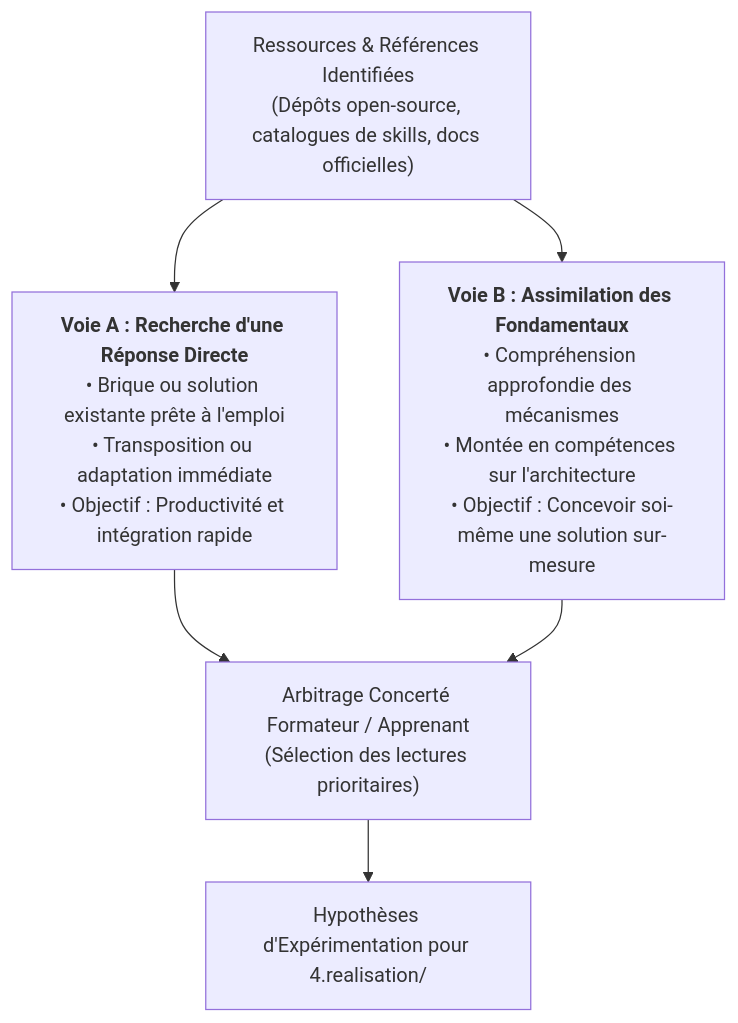
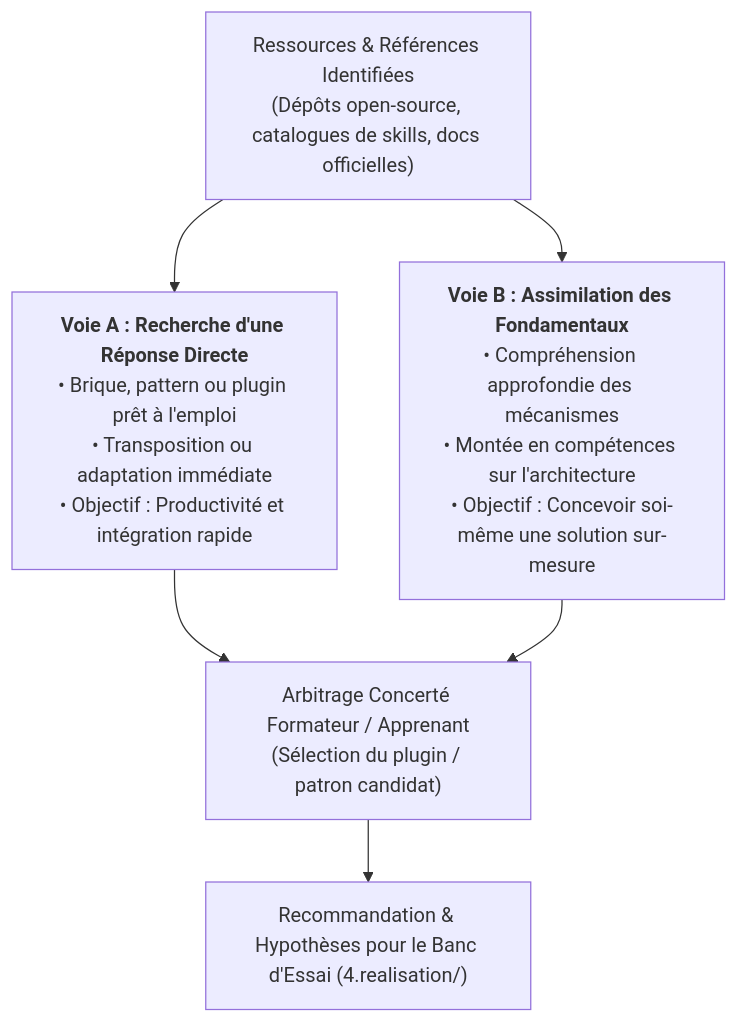
The diagram in docs/04-guide-etude-comparative.md (labs-agent-dev/lab-skills-framework), drawn with Mermaid before and after one commit. The commit also changed other lines of this file and 6 other files, not shown here.

````diff
--- a/docs/04-guide-etude-comparative.md
+++ b/docs/04-guide-etude-comparative.md
@@ -20,9 +20,9 @@
 ```mermaid
 flowchart TD
     SOURCE["Ressources & Références Identifiées<br/>(Dépôts open-source, catalogues de skills, docs officielles)"]
-    SOURCE --> A["<b>Voie A : Recherche d'une Réponse Directe</b><br/>• Brique ou solution existante prête à l'emploi<br/>• Transposition ou adaptation immédiate<br/>• Objectif : Productivité et intégration rapide"]
+    SOURCE --> A["<b>Voie A : Recherche d'une Réponse Directe</b><br/>• Brique, pattern ou plugin prêt à l'emploi<br/>• Transposition ou adaptation immédiate<br/>• Objectif : Productivité et intégration rapide"]
     SOURCE --> B["<b>Voie B : Assimilation des Fondamentaux</b><br/>• Compréhension approfondie des mécanismes<br/>• Montée en compétences sur l'architecture<br/>• Objectif : Concevoir soi-même une solution sur-mesure"]
-    A --> DECIS["Arbitrage Concerté Formateur / Apprenant<br/>(Sélection des lectures prioritaires)"]
+    A --> DECIS["Arbitrage Concerté Formateur / Apprenant<br/>(Sélection du plugin / patron candidat)"]
     B --> DECIS
-    DECIS --> TEST["Hypothèses d'Expérimentation pour 4.realisation/"]
+    DECIS --> TEST["Recommandation & Hypothèses pour le Banc d'Essai (4.realisation/)"]
 ```
````
